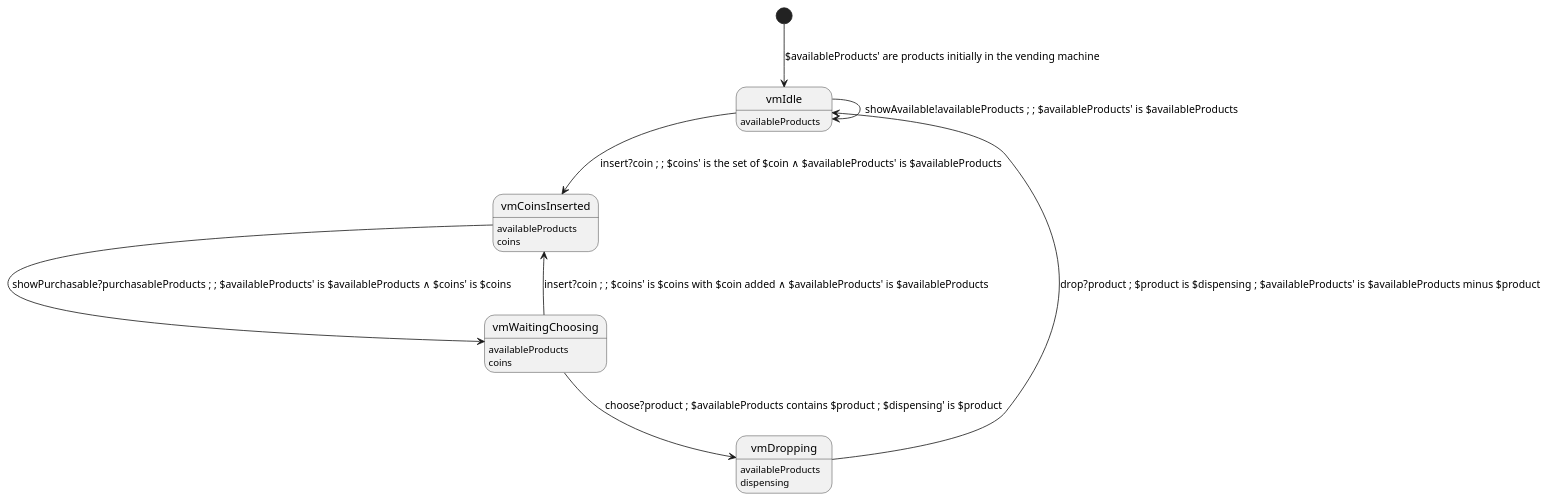
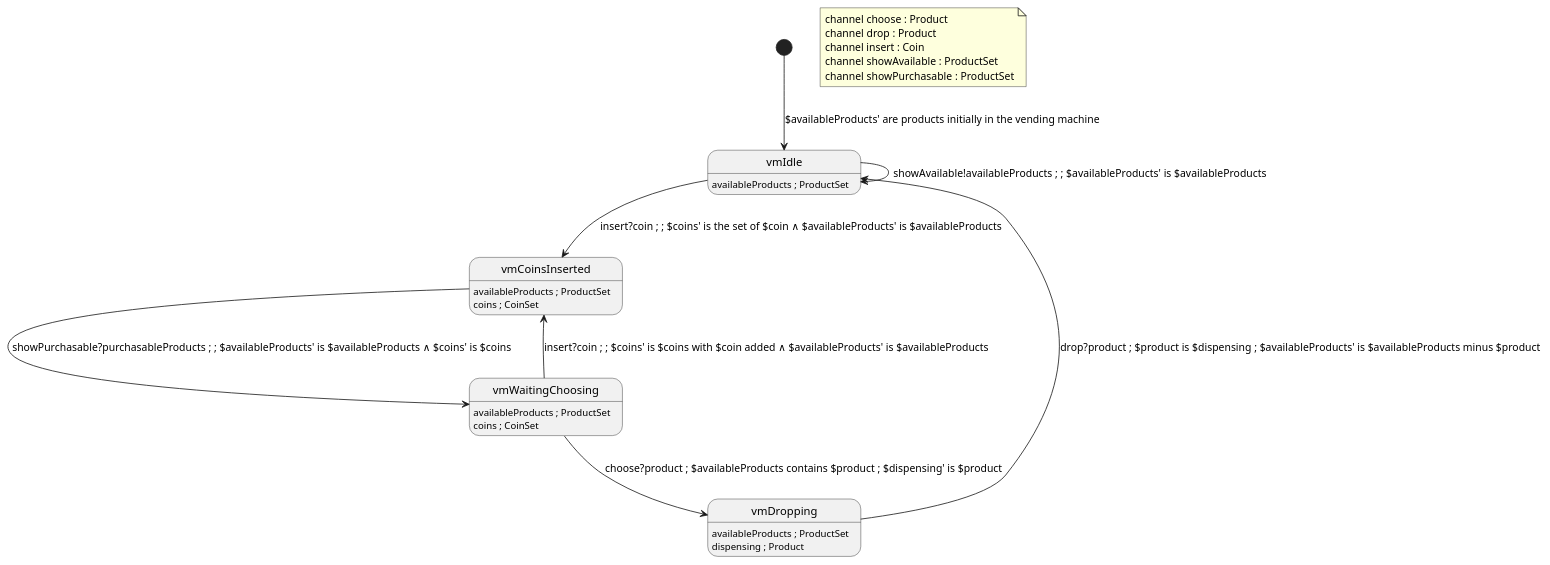
Before and after one commit to Kuniwak/puml-parallel: the diagram in examples/valid/vending_machine.puml, drawn with PlantUML. The commit also changed 73 other files, not shown here.

```diff
--- a/examples/valid/vending_machine.puml
+++ b/examples/valid/vending_machine.puml
@@ -1,23 +1,30 @@
 @startuml
 
 state "vmIdle" as vmIdle
-vmIdle: availableProducts
+vmIdle : availableProducts ; ProductSet
 state "vmCoinsInserted" as vmCoinsInserted
-vmCoinsInserted: availableProducts
-vmCoinsInserted: coins
+vmCoinsInserted : availableProducts ; ProductSet
+vmCoinsInserted : coins ; CoinSet
 state "vmWaitingChoosing" as vmWaitingChoosing
-vmWaitingChoosing: availableProducts
-vmWaitingChoosing: coins
+vmWaitingChoosing : availableProducts ; ProductSet
+vmWaitingChoosing : coins ; CoinSet
 state "vmDropping" as vmDropping
-vmDropping: availableProducts
-vmDropping: dispensing
+vmDropping : availableProducts ; ProductSet
+vmDropping : dispensing ; Product
 
 [*] --> vmIdle : $availableProducts' are products initially in the vending machine
 vmIdle --> vmIdle : showAvailable!availableProducts ; ; $availableProducts' is $availableProducts
 vmIdle --> vmCoinsInserted : insert?coin ; ; $coins' is the set of $coin ∧ $availableProducts' is $availableProducts
 vmCoinsInserted --> vmWaitingChoosing : showPurchasable?purchasableProducts ; ; $availableProducts' is $availableProducts ∧ $coins' is $coins
 vmWaitingChoosing --> vmCoinsInserted : insert?coin ; ; $coins' is $coins with $coin added ∧ $availableProducts' is $availableProducts
 vmWaitingChoosing --> vmDropping : choose?product ; $availableProducts contains $product ; $dispensing' is $product
 vmDropping --> vmIdle : drop?product ; $product is $dispensing ; $availableProducts' is $availableProducts minus $product
 
+note as channels
+  channel choose : Product
+  channel drop : Product
+  channel insert : Coin
+  channel showAvailable : ProductSet
+  channel showPurchasable : ProductSet
+end note
 @enduml
```
